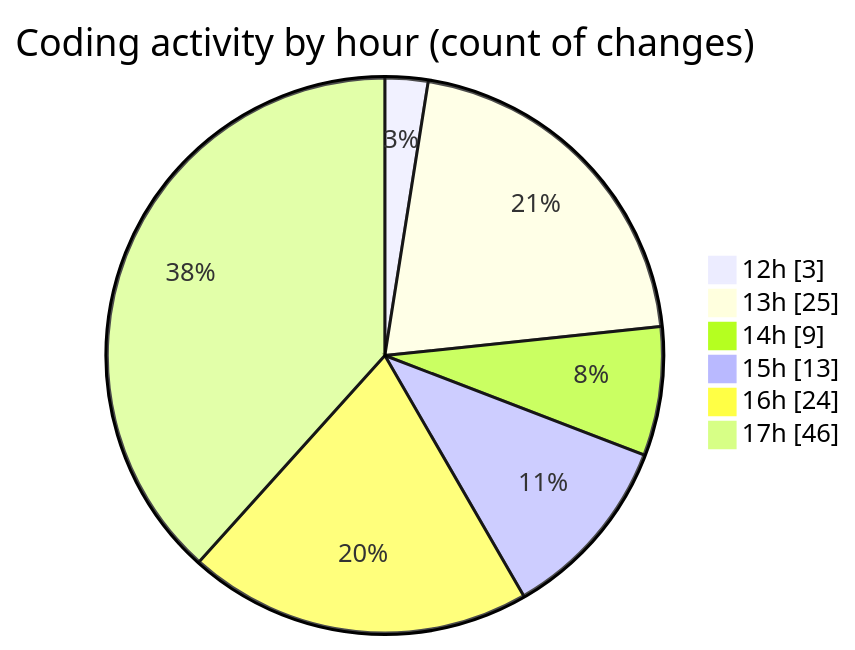
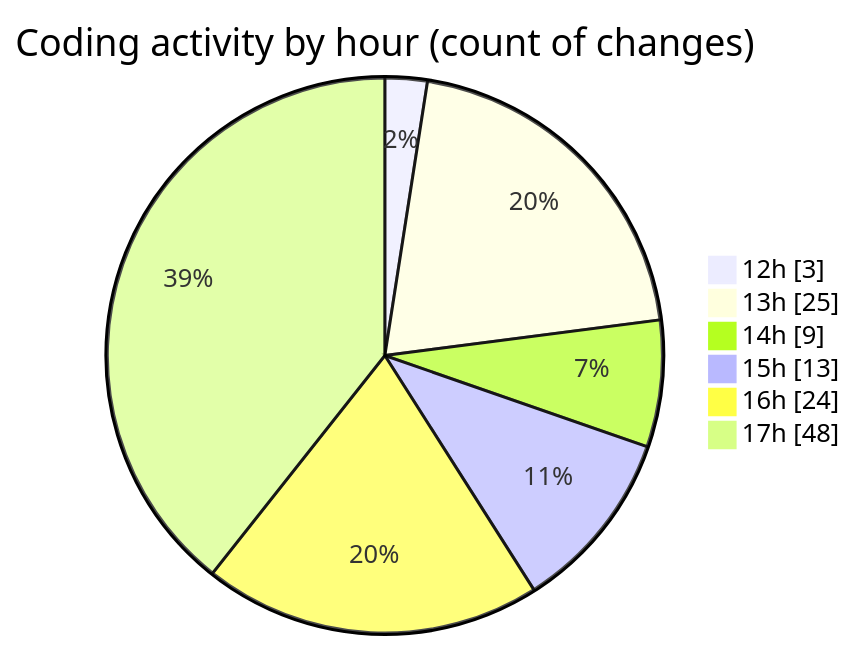
Before and after one commit to nxtqubesakshisongat/code-tracking: the second of 2 diagrams in 2025-09-26/nxtqube_webapp/README.md, drawn with Mermaid. The commit also changed other lines of this file and 1 other file, not shown here.

````diff
--- a/2025-09-26/nxtqube_webapp/README.md
+++ b/2025-09-26/nxtqube_webapp/README.md
@@ -36,10 +36,10 @@
 ```mermaid
 pie showData
 title Coding activity by hour (count of changes)
 "12h" : 3
 "13h" : 25
 "14h" : 9
 "15h" : 13
 "16h" : 24
-"17h" : 46
+"17h" : 48
 ```
````
